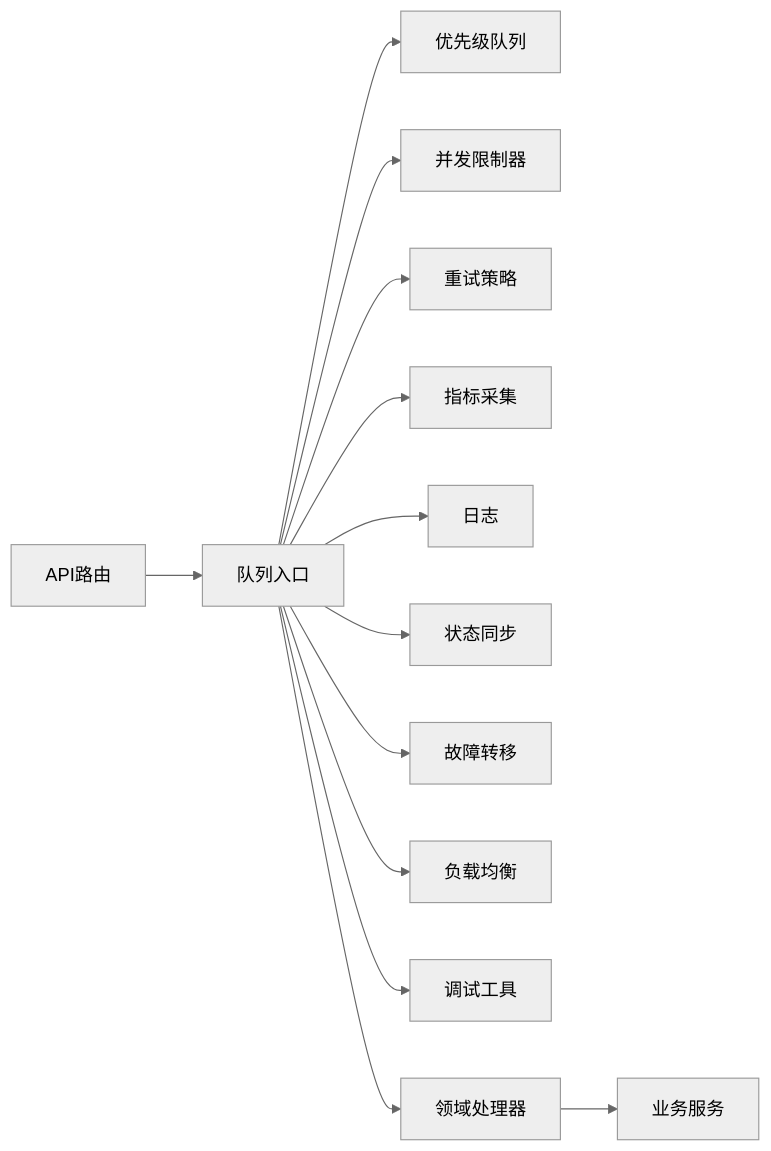
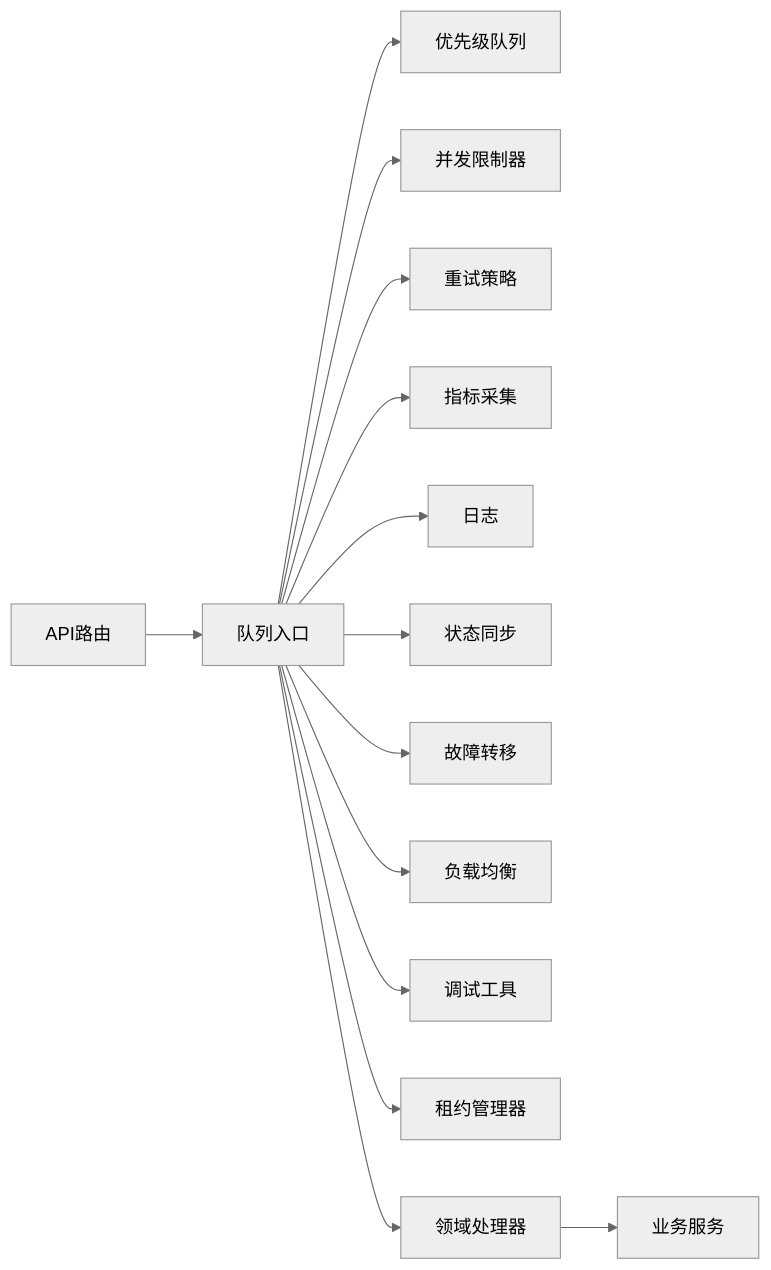
The sixth of 6 diagrams in .qoder/repowiki/zh/content/后端架构/任务处理/任务处理.md (scottcwy/PurpleInk), drawn with Mermaid (neutral theme) before and after one commit. The commit also changed other lines of this file and 37 other files, not shown here.

````diff
--- a/.qoder/repowiki/zh/content/后端架构/任务处理/任务处理.md
+++ b/.qoder/repowiki/zh/content/后端架构/任务处理/任务处理.md
@@ -336,15 +374,16 @@
 ```mermaid
 graph LR
 API["API路由"] --> QueueIndex["队列入口"]
 QueueIndex --> PriorityQueue["优先级队列"]
 QueueIndex --> ConcurrencyLimiter["并发限制器"]
 QueueIndex --> RetryPolicy["重试策略"]
 QueueIndex --> MetricsCollector["指标采集"]
 QueueIndex --> Logger["日志"]
 QueueIndex --> StateSync["状态同步"]
 QueueIndex --> FailoverManager["故障转移"]
 QueueIndex --> LoadBalancer["负载均衡"]
 QueueIndex --> DebugTools["调试工具"]
+QueueIndex --> LeaseManager["租约管理器"]
 QueueIndex --> Handlers["领域处理器"]
 Handlers --> Services["业务服务"]
 ```
````
